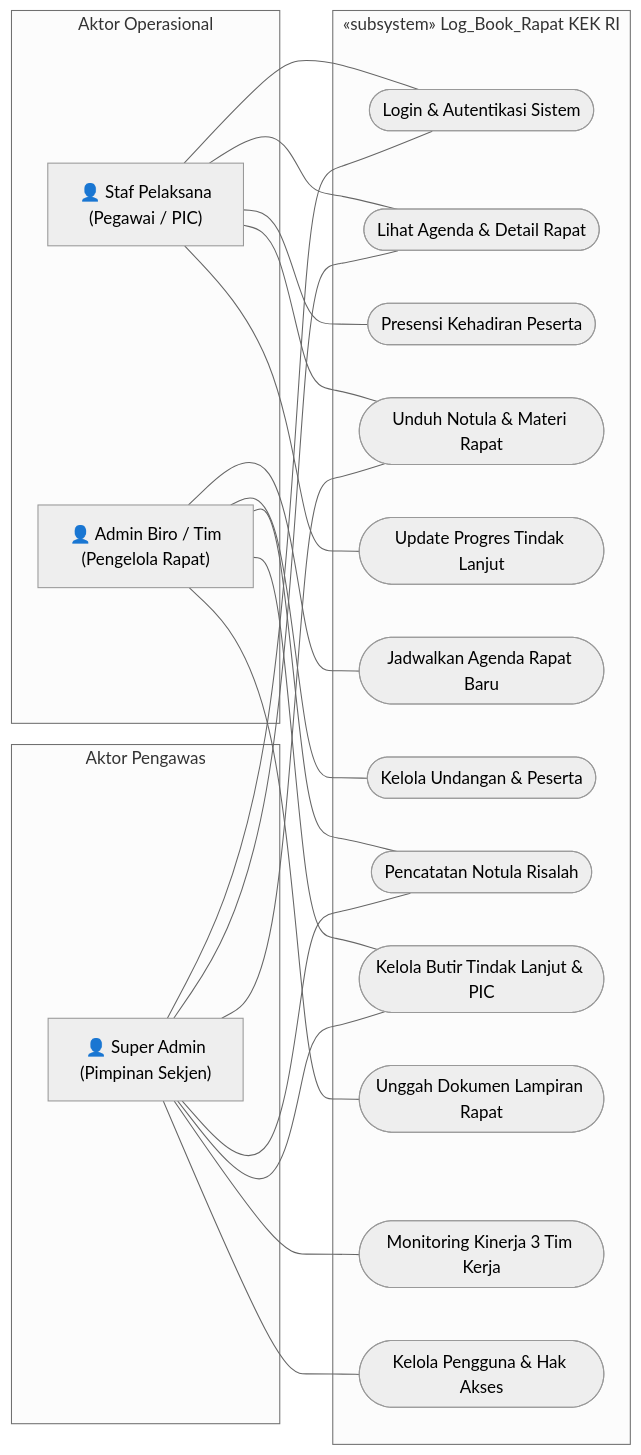
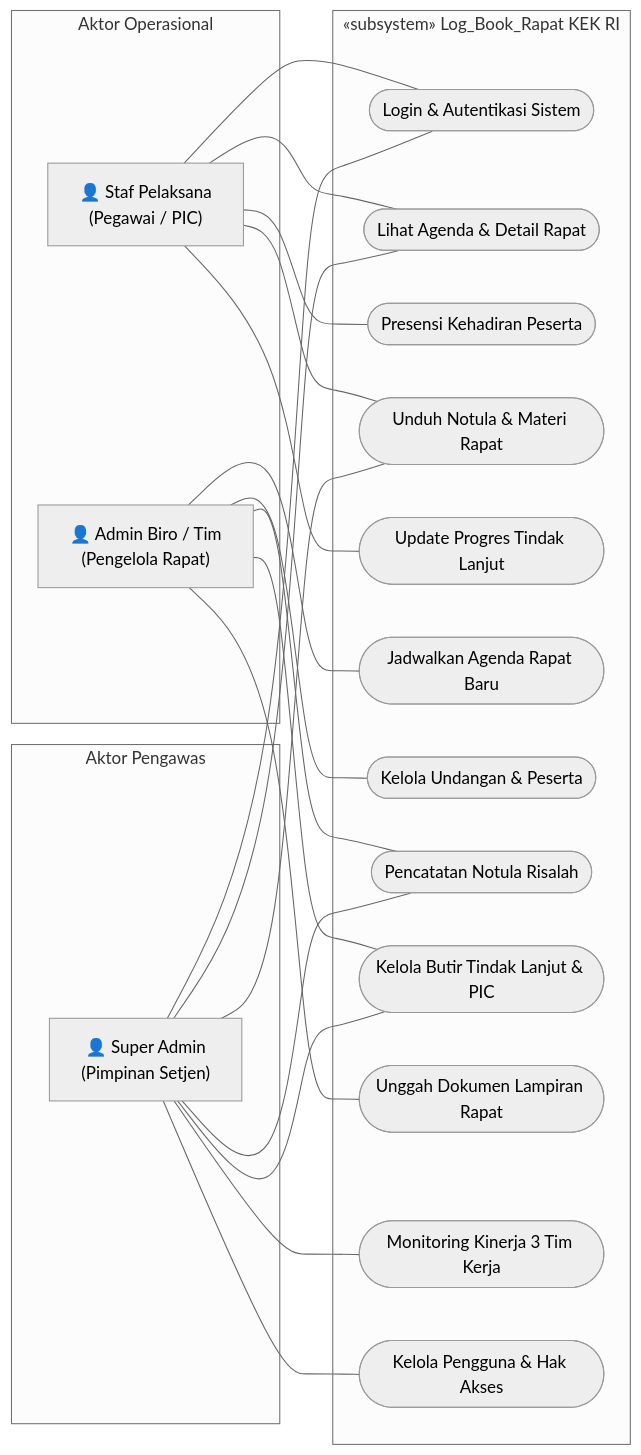
Before and after one commit to AxxelllVyn/Website-Log-Rapat-Kek: the first of 2 diagrams in docs/3_USE_CASE_DIAGRAM.md, drawn with Mermaid (neutral theme). The commit also changed other lines of this file and 15 other files, not shown here.

Commit message:
feat: add meeting management actions, schemas, views, and supporting utilities

````diff
--- a/docs/3_USE_CASE_DIAGRAM.md
+++ b/docs/3_USE_CASE_DIAGRAM.md
@@ -51,52 +51,52 @@
 ```mermaid
 flowchart LR
     %% Aktor Kiri
     subgraph AKTOR_KIRI["Aktor Operasional"]
         Staff["👤 Staf Pelaksana<br/>(Pegawai / PIC)"]
         Admin["👤 Admin Biro / Tim<br/>(Pengelola Rapat)"]
     end
 
     %% Batasan Sistem Vertikal
     subgraph SYSTEM["«subsystem» Log_Book_Rapat KEK RI"]
         UC01(["Login & Autentikasi Sistem"])
         UC02(["Lihat Agenda & Detail Rapat"])
         UC03(["Presensi Kehadiran Peserta"])
         UC04(["Unduh Notula & Materi Rapat"])
         UC05(["Update Progres Tindak Lanjut"])
         UC06(["Jadwalkan Agenda Rapat Baru"])
         UC07(["Kelola Undangan & Peserta"])
         UC08(["Pencatatan Notula Risalah"])
         UC09(["Kelola Butir Tindak Lanjut & PIC"])
         UC10(["Unggah Dokumen Lampiran Rapat"])
         UC11(["Monitoring Kinerja 3 Tim Kerja"])
         UC12(["Kelola Pengguna & Hak Akses"])
     end
 
     %% Aktor Kanan
     subgraph AKTOR_KANAN["Aktor Pengawas"]
-        SuperAdmin["👤 Super Admin<br/>(Pimpinan Sekjen)"]
+        SuperAdmin["👤 Super Admin<br/>(Pimpinan Setjen)"]
     end
 
     %% Asosiasi Staf Pelaksana (Atas)
     Staff --- UC01
     Staff --- UC02
     Staff --- UC03
     Staff --- UC04
     Staff --- UC05
 
     %% Asosiasi Admin Biro / Tim (Bawah)
     Admin --- UC06
     Admin --- UC07
     Admin --- UC08
     Admin --- UC09
     Admin --- UC10
 
     %% Asosiasi Super Admin (Kanan)
     SuperAdmin --- UC01
     SuperAdmin --- UC02
     SuperAdmin --- UC04
     SuperAdmin --- UC08
     SuperAdmin --- UC09
     SuperAdmin --- UC11
     SuperAdmin --- UC12
 ```
````
